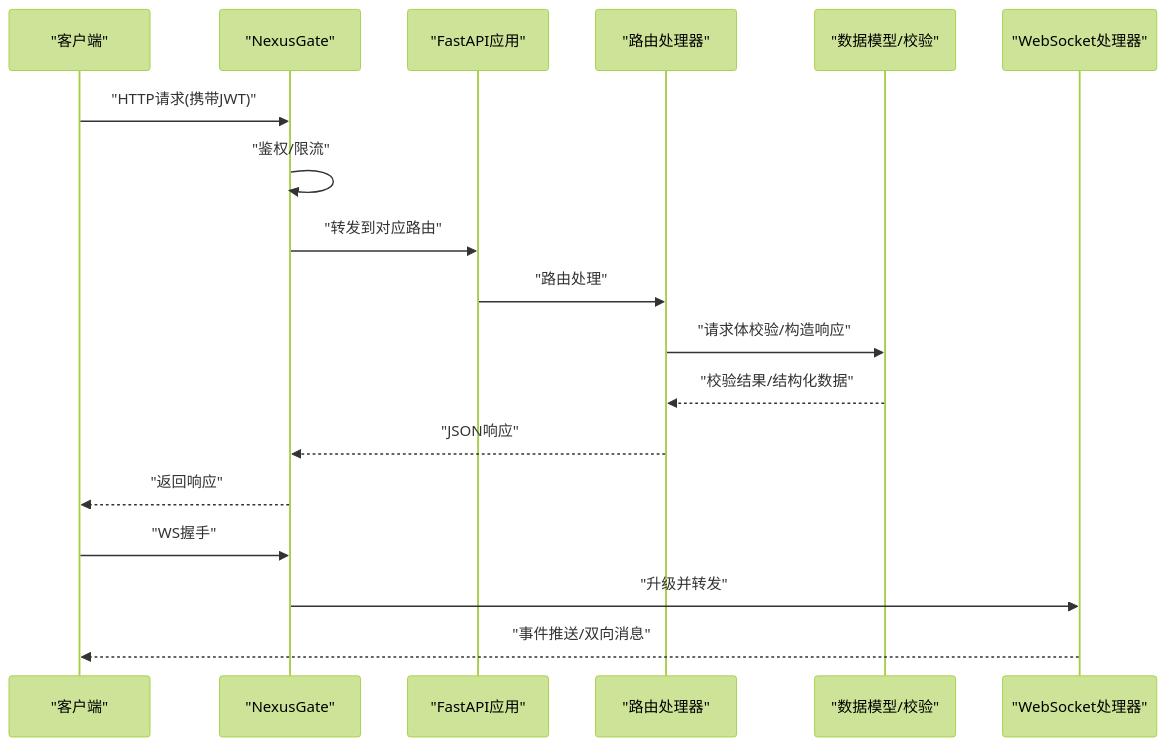
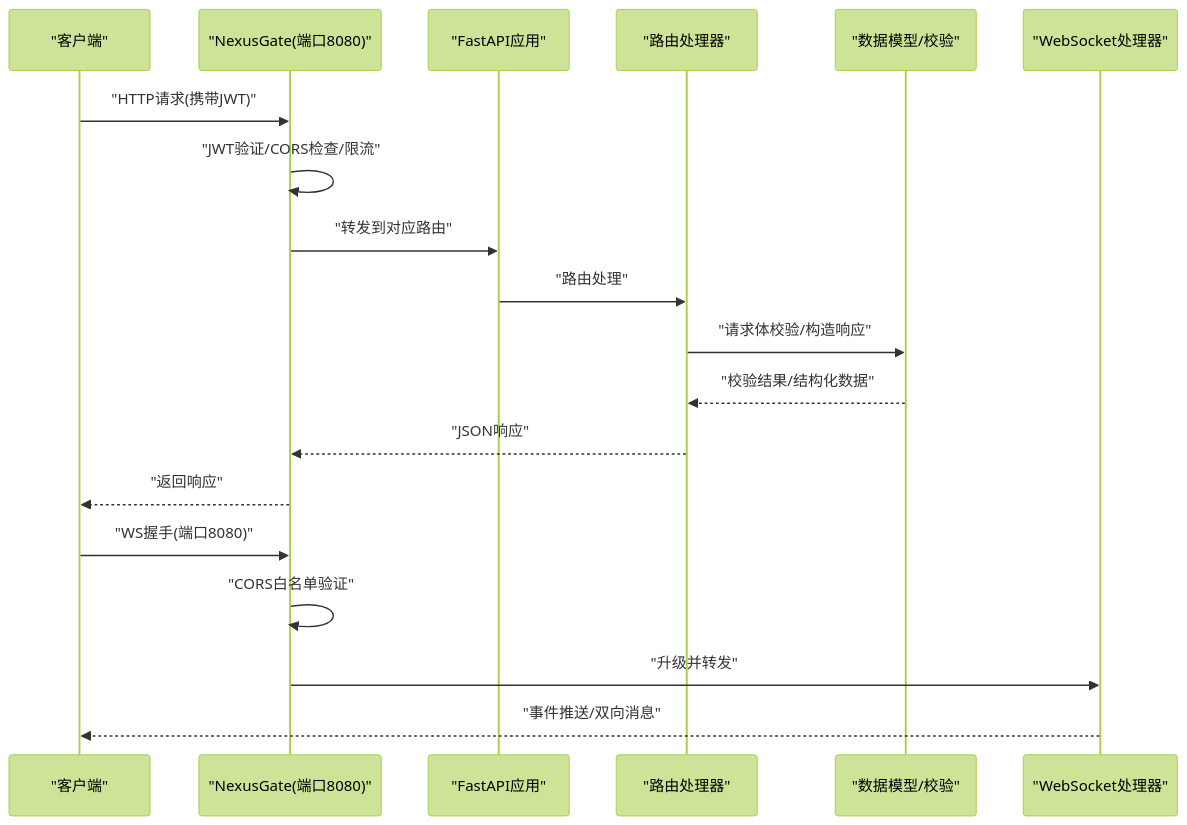
Before and after one commit to zmdhdu/NexusCockpit: the second of 4 diagrams in .qoder/repowiki/zh/content/API接口文档/API接口文档.md, drawn with Mermaid (forest theme). The commit also changed other lines of this file and 23 other files, not shown here.

````diff
--- a/.qoder/repowiki/zh/content/API接口文档/API接口文档.md
+++ b/.qoder/repowiki/zh/content/API接口文档/API接口文档.md
@@ -96,20 +107,21 @@
 ```mermaid
 sequenceDiagram
 participant C as "客户端"
-participant G as "NexusGate"
+participant G as "NexusGate(端口8080)"
 participant A as "FastAPI应用"
 participant R as "路由处理器"
 participant M as "数据模型/校验"
 participant W as "WebSocket处理器"
 C->>G : "HTTP请求(携带JWT)"
-G->>G : "鉴权/限流"
+G->>G : "JWT验证/CORS检查/限流"
 G->>A : "转发到对应路由"
 A->>R : "路由处理"
 R->>M : "请求体校验/构造响应"
 M-->>R : "校验结果/结构化数据"
 R-->>G : "JSON响应"
 G-->>C : "返回响应"
-C->>G : "WS握手"
+C->>G : "WS握手(端口8080)"
+G->>G : "CORS白名单验证"
 G->>W : "升级并转发"
 W-->>C : "事件推送/双向消息"
 ```
````
